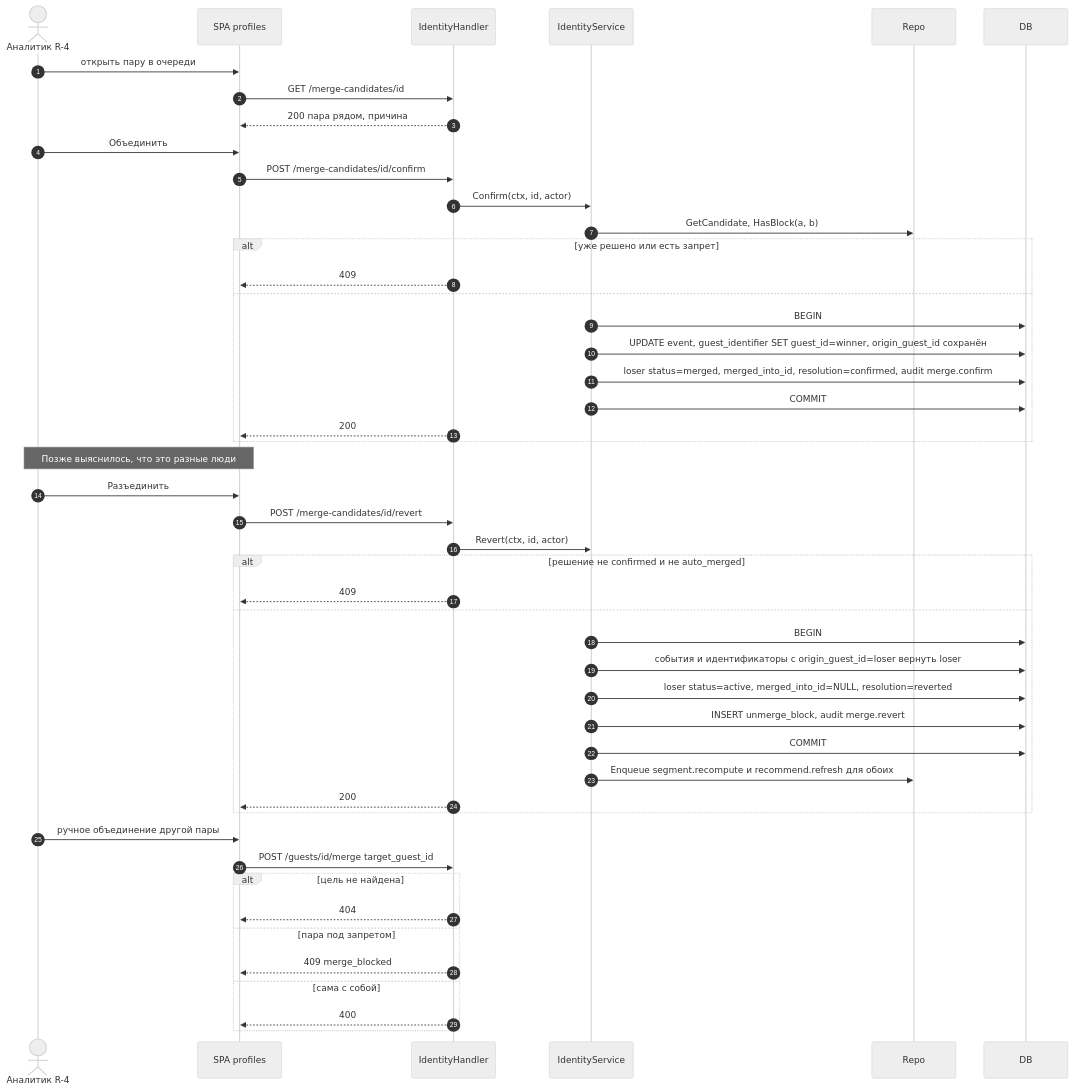
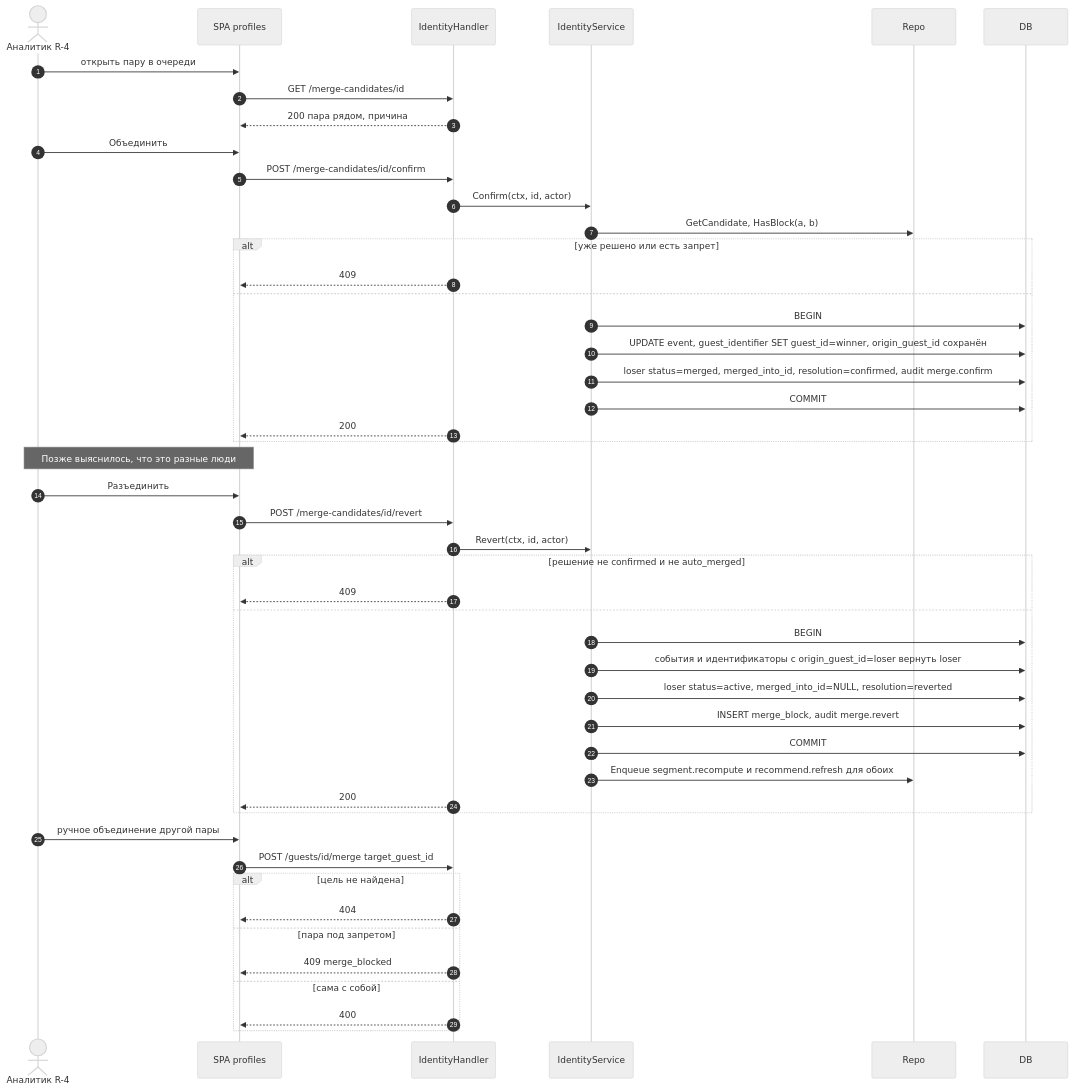
Before and after one commit to MangriMen/UCRP: the sixth of 9 diagrams in docs/design/09-sequence-diagrams.md, drawn with Mermaid (neutral theme). The commit also changed other lines of this file and 154 other files, not shown here.

````diff
--- a/docs/design/09-sequence-diagrams.md
+++ b/docs/design/09-sequence-diagrams.md
@@ -259,50 +259,50 @@
 ```mermaid
 sequenceDiagram
   autonumber
   actor A as Аналитик R-4
   participant SPA as SPA profiles
   participant H as IdentityHandler
   participant S as IdentityService
   participant R as Repo
   participant DB as DB
   A->>SPA: открыть пару в очереди
   SPA->>H: GET /merge-candidates/id
   H-->>SPA: 200 пара рядом, причина
   A->>SPA: Объединить
   SPA->>H: POST /merge-candidates/id/confirm
   H->>S: Confirm(ctx, id, actor)
   S->>R: GetCandidate, HasBlock(a, b)
   alt уже решено или есть запрет
     H-->>SPA: 409
   else
     S->>DB: BEGIN
     S->>DB: UPDATE event, guest_identifier SET guest_id=winner, origin_guest_id сохранён
     S->>DB: loser status=merged, merged_into_id, resolution=confirmed, audit merge.confirm
     S->>DB: COMMIT
     H-->>SPA: 200
   end
   Note over A,SPA: Позже выяснилось, что это разные люди
   A->>SPA: Разъединить
   SPA->>H: POST /merge-candidates/id/revert
   H->>S: Revert(ctx, id, actor)
   alt решение не confirmed и не auto_merged
     H-->>SPA: 409
   else
     S->>DB: BEGIN
     S->>DB: события и идентификаторы с origin_guest_id=loser вернуть loser
     S->>DB: loser status=active, merged_into_id=NULL, resolution=reverted
-    S->>DB: INSERT unmerge_block, audit merge.revert
+    S->>DB: INSERT merge_block, audit merge.revert
     S->>DB: COMMIT
     S->>R: Enqueue segment.recompute и recommend.refresh для обоих
     H-->>SPA: 200
   end
   A->>SPA: ручное объединение другой пары
   SPA->>H: POST /guests/id/merge target_guest_id
   alt цель не найдена
     H-->>SPA: 404
   else пара под запретом
     H-->>SPA: 409 merge_blocked
   else сама с собой
     H-->>SPA: 400
   end
 ```
````
